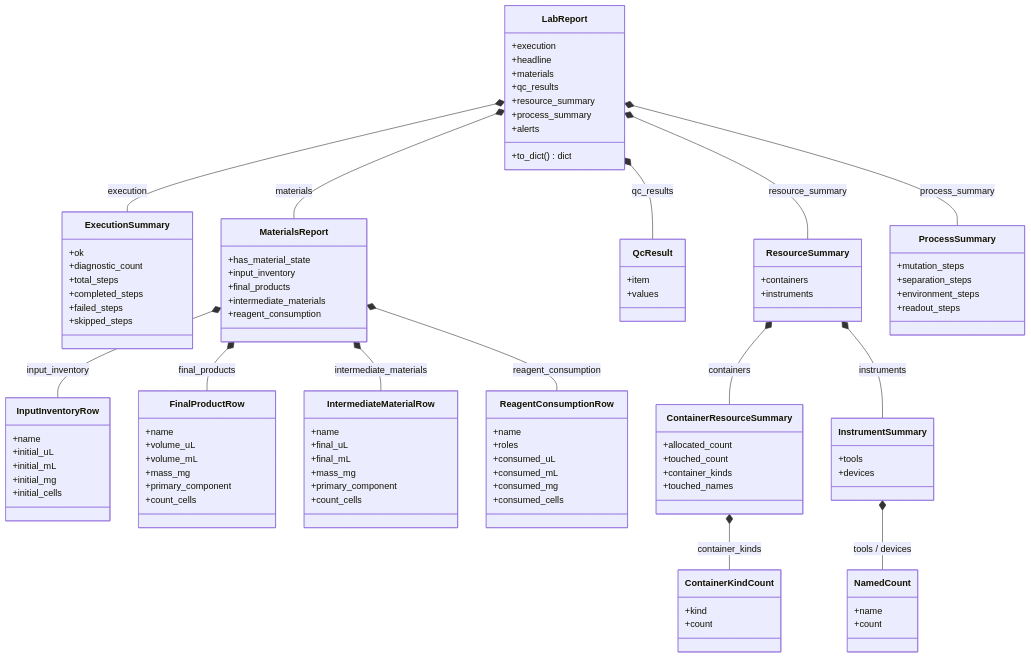
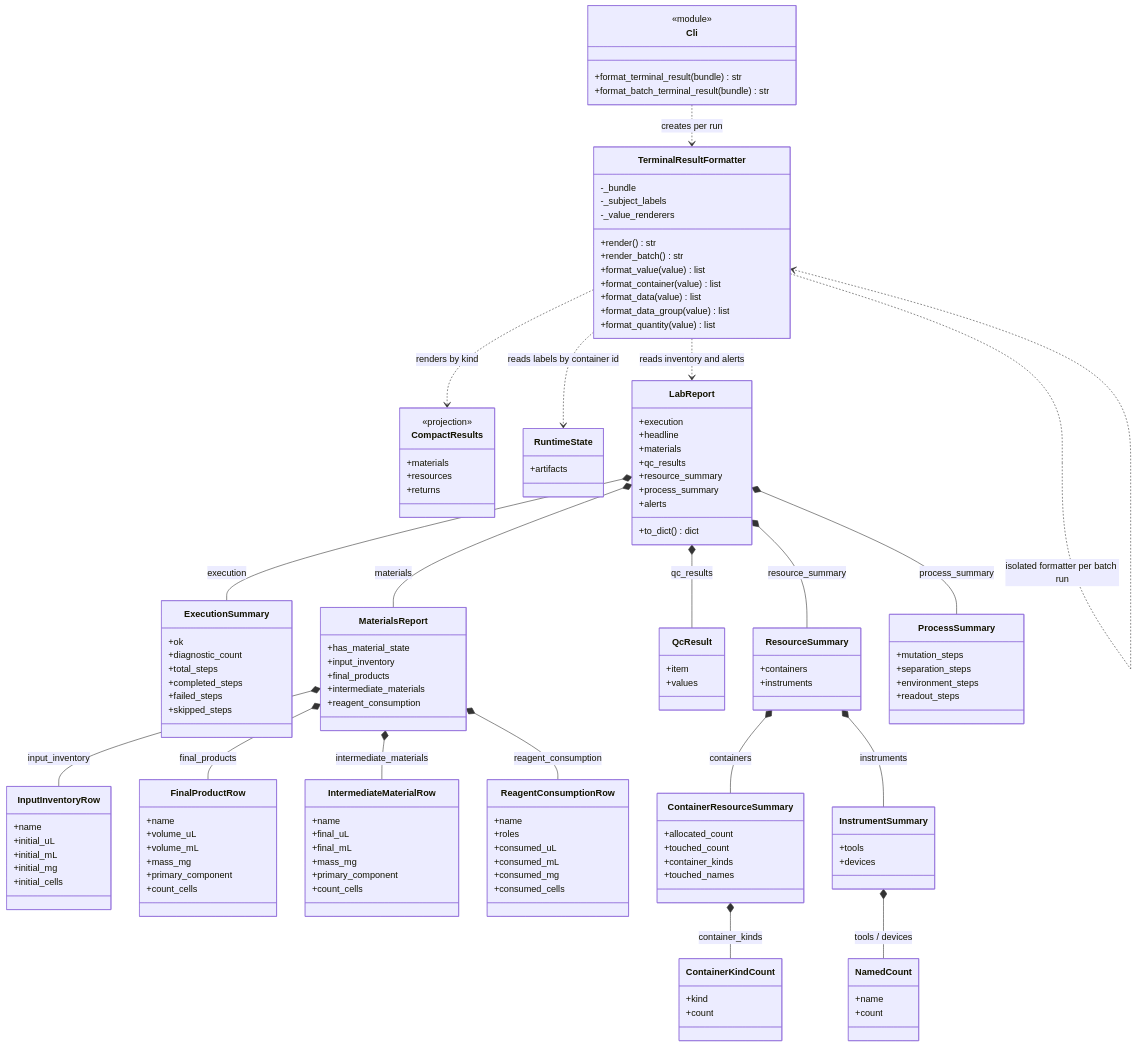
One commit to culsma/culsma changed diagram 11 of 15 in docs/architecture/runtime_module_diagrams.md. Above: the diagram before and after it, drawn with Mermaid. The commit also changed other lines of this file and 5 other files, not shown here.

Commit message:
fix: display observation subject labels and expose testable formatters

````diff
--- a/docs/architecture/runtime_module_diagrams.md
+++ b/docs/architecture/runtime_module_diagrams.md
@@ -733,5 +737,35 @@
 ```mermaid
 classDiagram
+    class Cli {
+        <<module>>
+        +format_terminal_result(bundle) str
+        +format_batch_terminal_result(bundle) str
+    }
+
+    class TerminalResultFormatter {
+        -_bundle
+        -_subject_labels
+        -_value_renderers
+        +render() str
+        +render_batch() str
+        +format_value(value) list
+        +format_container(value) list
+        +format_data(value) list
+        +format_data_group(value) list
+        +format_quantity(value) list
+    }
+
+    class CompactResults {
+        <<projection>>
+        +materials
+        +resources
+        +returns
+    }
+
+    class RuntimeState {
+        +artifacts
+    }
+
     class LabReport {
         +execution
         +headline
@@ -834,6 +868,12 @@
         +readout_steps
     }
 
+    Cli ..> TerminalResultFormatter : creates per run
+    TerminalResultFormatter ..> CompactResults : renders by kind
+    TerminalResultFormatter ..> RuntimeState : reads labels by container id
+    TerminalResultFormatter ..> LabReport : reads inventory and alerts
+    TerminalResultFormatter ..> TerminalResultFormatter : isolated formatter per batch run
+
     LabReport *-- ExecutionSummary : execution
     LabReport *-- MaterialsReport : materials
     LabReport *-- QcResult : qc_results
````
